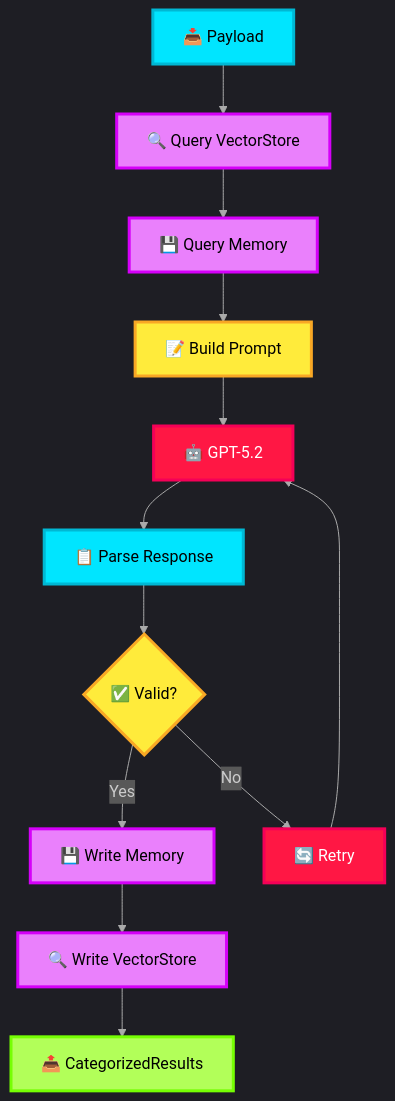
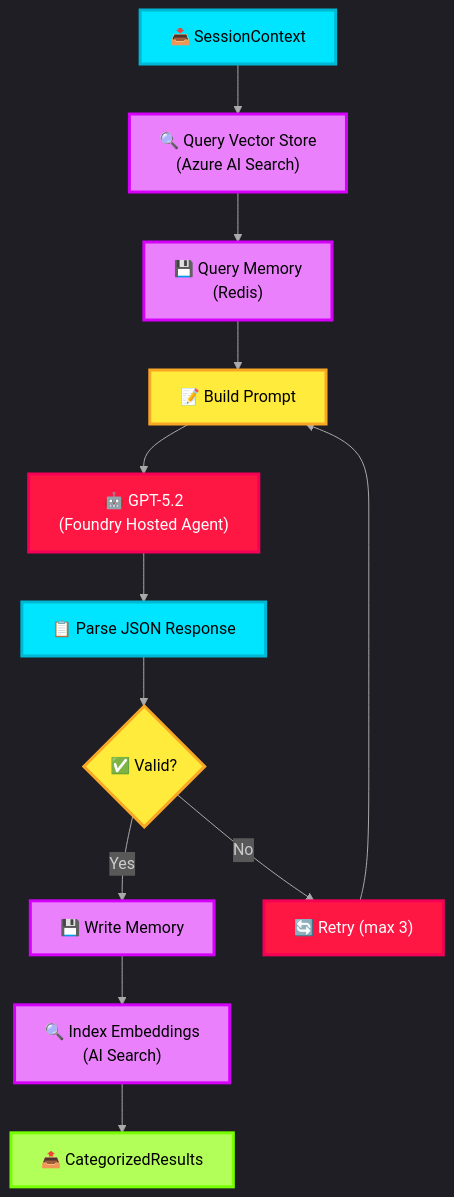
The diagram in docs/04-summarizer-agent.md (thanhauco/agentic-ai-icm-system), drawn with Mermaid before and after one commit. The commit also changed other lines of this file and 1 other file, not shown here.

````diff
--- a/docs/04-summarizer-agent.md
+++ b/docs/04-summarizer-agent.md
@@ -18,27 +9,27 @@
 ```mermaid
 %%{init: {'theme': 'dark', 'themeVariables': {'lineColor': '#AAAAAA'}}}%%
 graph TD
-    A["📥 Payload"] --> B["🔍 Query VectorStore"]
-    B --> C["💾 Query Memory"]
+    A["📥 SessionContext"] --> B["🔍 Query Vector Store<br>(Azure AI Search)"]
+    B --> C["💾 Query Memory<br>(Redis)"]
     C --> D["📝 Build Prompt"]
-    D --> E["🤖 GPT-5.2"]
-    E --> F["📋 Parse Response"]
+    D --> E["🤖 GPT-5.2<br>(Foundry Hosted Agent)"]
+    E --> F["📋 Parse JSON Response"]
     F --> G{"✅ Valid?"}
     G -->|Yes| H["💾 Write Memory"]
-    G -->|No| I["🔄 Retry"]
-    I --> E
-    H --> J["🔍 Write VectorStore"]
+    G -->|No| I["🔄 Retry (max 3)"]
+    I --> D
+    H --> J["🔍 Index Embeddings<br>(AI Search)"]
     J --> K["📤 CategorizedResults"]
 
     style A fill:#00E5FF,stroke:#00B8D4,stroke-width:3px,color:#000
     style B fill:#EA80FC,stroke:#D500F9,stroke-width:3px,color:#000
     style C fill:#EA80FC,stroke:#D500F9,stroke-width:3px,color:#000
     style D fill:#FFEB3B,stroke:#F9A825,stroke-width:3px,color:#000
     style E fill:#FF1744,stroke:#F50057,stroke-width:3px,color:#fff
     style F fill:#00E5FF,stroke:#00B8D4,stroke-width:3px,color:#000
     style G fill:#FFEB3B,stroke:#F9A825,stroke-width:3px,color:#000
     style H fill:#EA80FC,stroke:#D500F9,stroke-width:3px,color:#000
     style I fill:#FF1744,stroke:#F50057,stroke-width:3px,color:#fff
     style J fill:#EA80FC,stroke:#D500F9,stroke-width:3px,color:#000
     style K fill:#B2FF59,stroke:#76FF03,stroke-width:3px,color:#000
 ```
````
